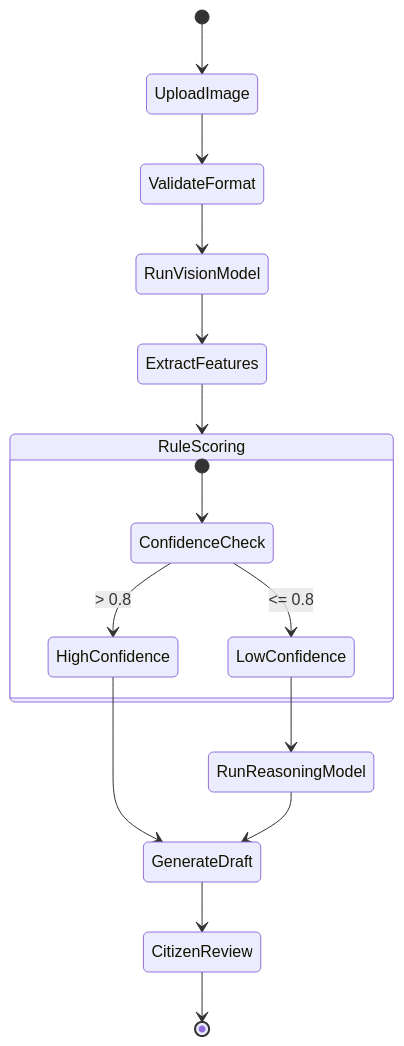
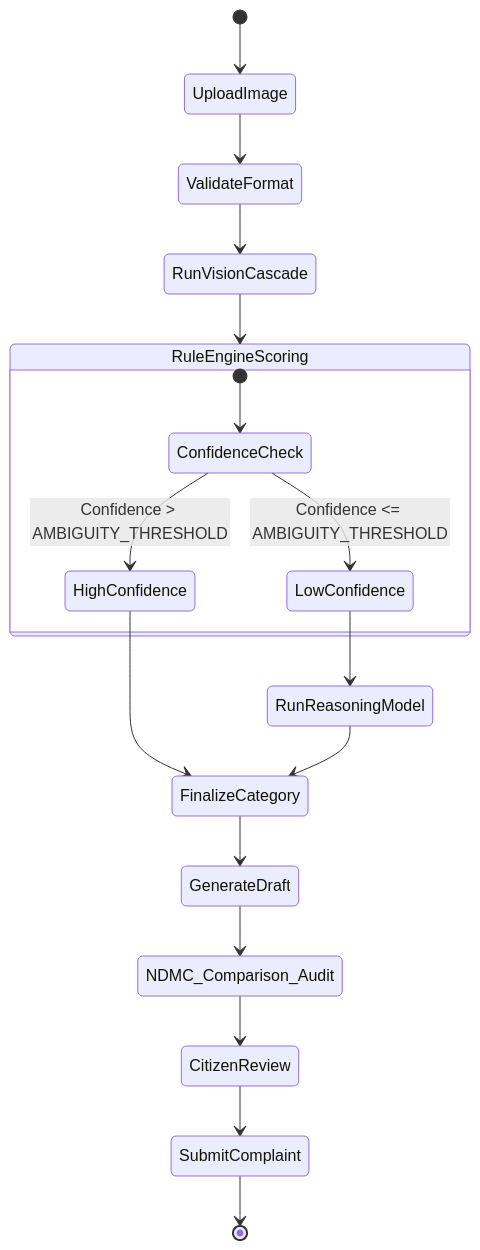
The sixth of 10 diagrams in docs/DIAGRAMS.md (ark5234/Jan-Sunwai-AI), drawn with Mermaid before and after one commit. The commit also changed other lines of this file, not shown here.

Commit message:
docs: add comprehensive system architecture and design diagrams documentation

````diff
--- a/docs/DIAGRAMS.md
+++ b/docs/DIAGRAMS.md
@@ -175,21 +233,23 @@
 ```mermaid
 stateDiagram-v2
     [*] --> UploadImage
     UploadImage --> ValidateFormat
-    ValidateFormat --> RunVisionModel
-    RunVisionModel --> ExtractFeatures
-    ExtractFeatures --> RuleScoring
+    ValidateFormat --> RunVisionCascade
+    RunVisionCascade --> RuleEngineScoring
     
-    state RuleScoring {
+    state RuleEngineScoring {
         [*] --> ConfidenceCheck
-        ConfidenceCheck --> HighConfidence: > 0.8
-        ConfidenceCheck --> LowConfidence: <= 0.8
+        ConfidenceCheck --> HighConfidence: Confidence > AMBIGUITY_THRESHOLD
+        ConfidenceCheck --> LowConfidence: Confidence <= AMBIGUITY_THRESHOLD
     }
     
-    HighConfidence --> GenerateDraft
+    HighConfidence --> FinalizeCategory
     LowConfidence --> RunReasoningModel
-    RunReasoningModel --> GenerateDraft
+    RunReasoningModel --> FinalizeCategory
     
-    GenerateDraft --> CitizenReview
-    CitizenReview --> [*]
+    FinalizeCategory --> GenerateDraft
+    GenerateDraft --> NDMC_Comparison_Audit
+    NDMC_Comparison_Audit --> CitizenReview
+    CitizenReview --> SubmitComplaint
+    SubmitComplaint --> [*]
 ```
````
